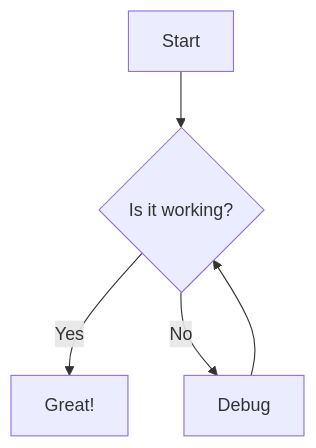
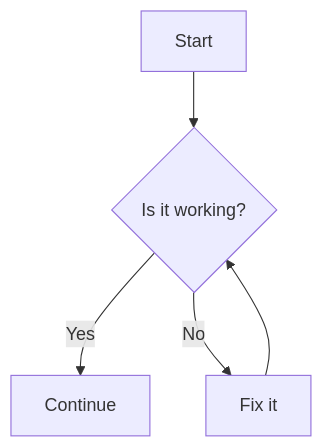
Before and after one commit to unlockopen/orc2pdf: the first of 3 diagrams in test.md, drawn with Mermaid. The commit also changed other lines of this file and 4 other files, not shown here.

````diff
--- a/test.md
+++ b/test.md
@@ -166,7 +275,7 @@
 ```mermaid
-graph TD
-    A[Start] --> B{Is it working?}
-    B -->|Yes| C[Great!]
-    B -->|No| D[Debug]
-    D --> B
+flowchart TD
+  A[Start] --> B{Is it working?}
+  B -- Yes --> C[Continue]
+  B -- No --> D[Fix it]
+  D --> B
 ```
````
